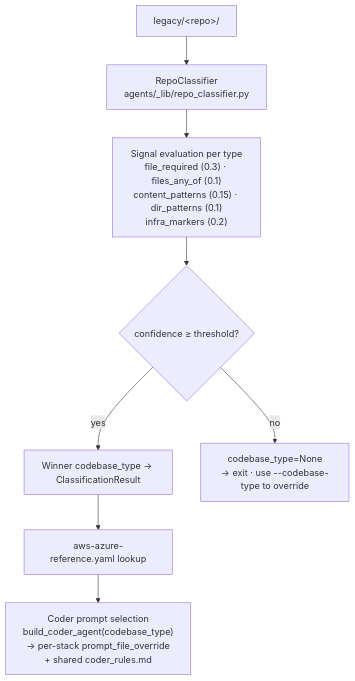
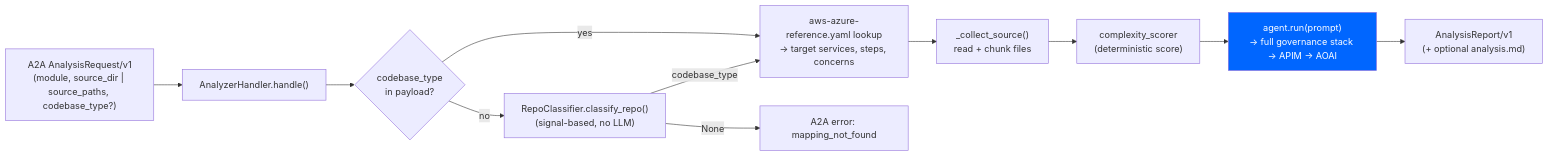
Before and after one commit to rlpatrao/agent-gov-sec: the eighth of 9 diagrams in docs/architecture.md, drawn with Mermaid. The commit also changed other lines of this file and 144 other files, not shown here.

````diff
--- a/docs/architecture.md
+++ b/docs/architecture.md
@@ -612,10 +415,17 @@
 ```mermaid
-flowchart TD
-  Repo["legacy/&lt;repo&gt;/"] --> RC["RepoClassifier\nagents/_lib/repo_classifier.py"]
-  RC --> Sig["Signal evaluation per type\nfile_required (0.3) · files_any_of (0.1)\ncontent_patterns (0.15) · dir_patterns (0.1)\ninfra_markers (0.2)"]
-  Sig --> T{"confidence ≥ threshold?"}
-  T -->|yes| Win["Winner codebase_type → ClassificationResult"]
-  T -->|no| None["codebase_type=None\n→ exit · use --codebase-type to override"]
-  Win --> Map["aws-azure-reference.yaml lookup"]
-  Map --> Prom["Coder prompt selection\nbuild_coder_agent(codebase_type)\n→ per-stack prompt_file_override\n+ shared coder_rules.md"]
+flowchart LR
+  Req["A2A AnalysisRequest/v1\n(module, source_dir | source_paths, codebase_type?)"]
+  Req --> H["AnalyzerHandler.handle()"]
+  H --> RC{"codebase_type\nin payload?"}
+  RC -->|no| Cls["RepoClassifier.classify_repo()\n(signal-based, no LLM)"]
+  RC -->|yes| Map
+  Cls -->|"codebase_type"| Map["aws-azure-reference.yaml lookup\n→ target services, steps, concerns"]
+  Cls -->|"None"| Err["A2A error: mapping_not_found"]
+  Map --> Src["_collect_source()\nread + chunk files"]
+  Src --> Cx["complexity_scorer\n(deterministic score)"]
+  Cx --> LLM["agent.run(prompt)\n→ full governance stack → APIM → AOAI"]
+  LLM --> Rep["AnalysisReport/v1\n(+ optional analysis.md)"]
+
+  classDef azure fill:#06f,color:#fff
+  class LLM azure
 ```
````
